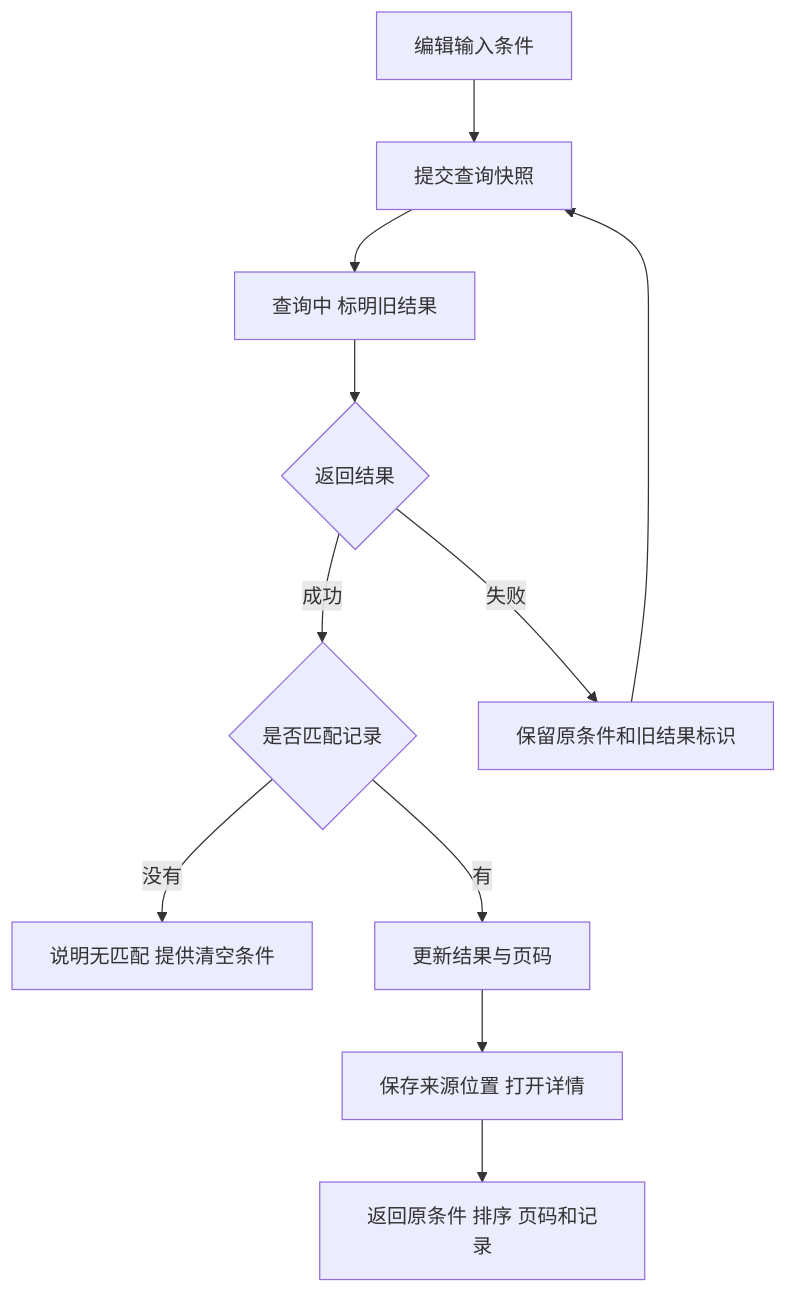
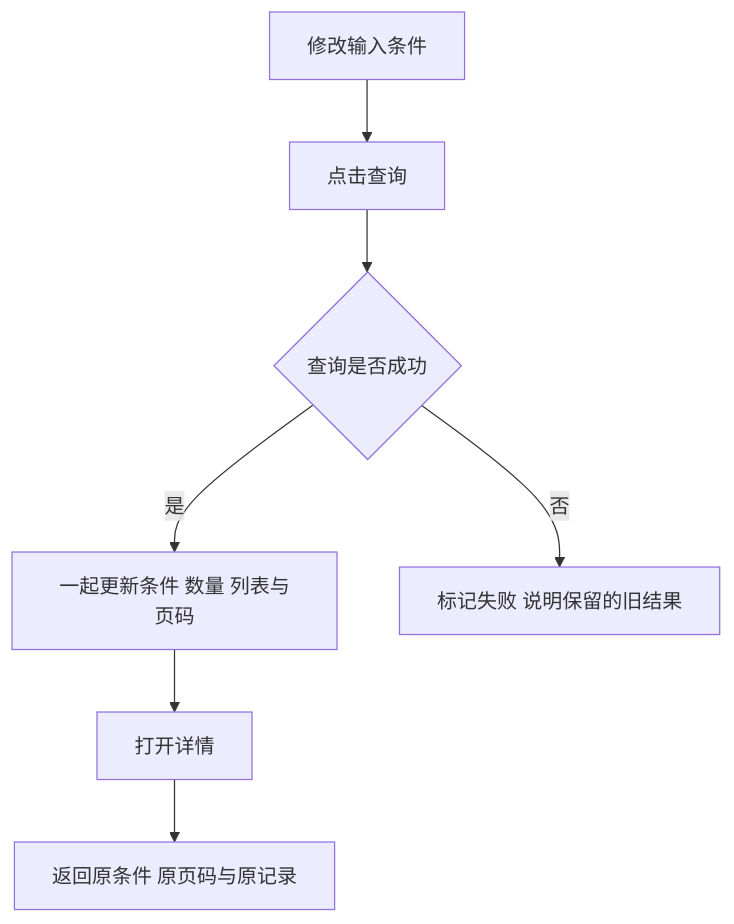
Before and after one commit to micjordan9527/game: the diagram in content/articles/admin-filter-list-states.md, drawn with Mermaid. The commit also changed other lines of this file and 15 other files, not shown here.

````diff
--- a/content/articles/admin-filter-list-states.md
+++ b/content/articles/admin-filter-list-states.md
@@ -52,13 +42,9 @@
 ```mermaid
 flowchart TD
-  A[编辑输入条件] --> B[提交查询快照]
-  B --> C[查询中 标明旧结果]
-  C --> D{返回结果}
-  D -->|成功| E{是否匹配记录}
-  D -->|失败| F[保留原条件和旧结果标识]
-  F --> B
-  E -->|没有| G[说明无匹配 提供清空条件]
-  E -->|有| H[更新结果与页码]
-  H --> I[保存来源位置 打开详情]
-  I --> J[返回原条件 排序 页码和记录]
+  A[修改输入条件] --> B[点击查询]
+  B --> C{查询是否成功}
+  C -->|是| D[一起更新条件 数量 列表与页码]
+  C -->|否| E[标记失败 说明保留的旧结果]
+  D --> F[打开详情]
+  F --> G[返回原条件 原页码与原记录]
 ```
````
